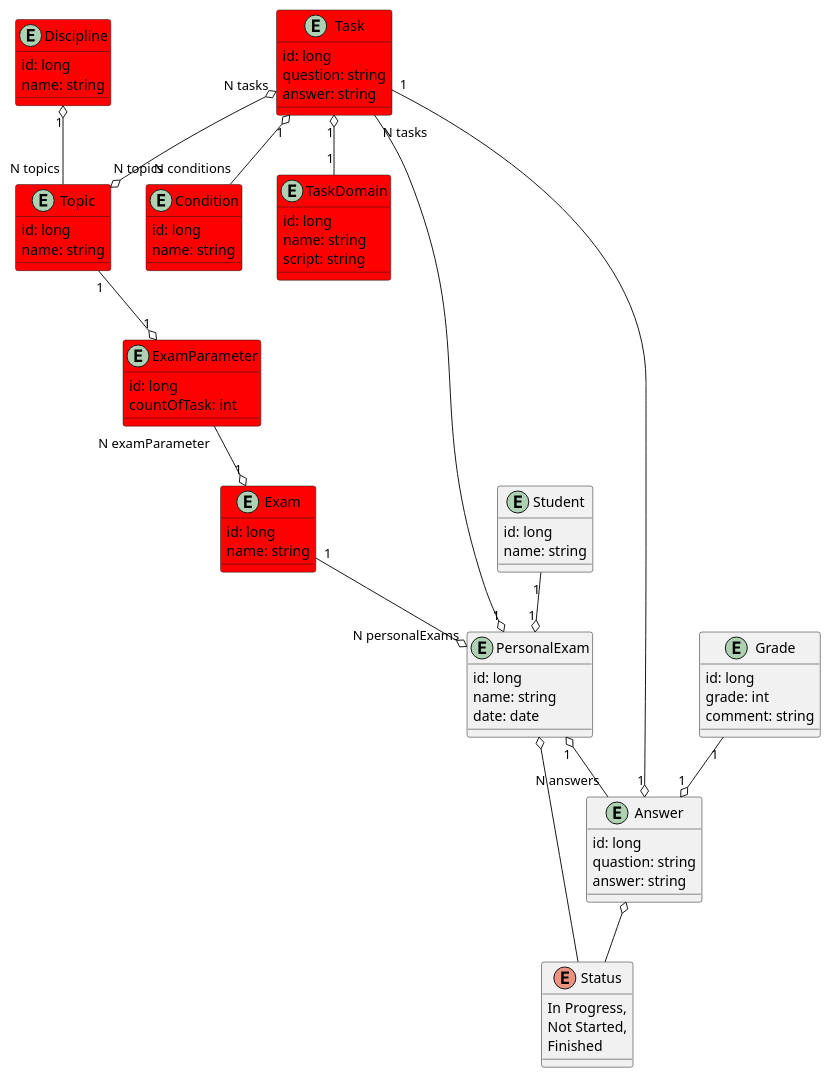
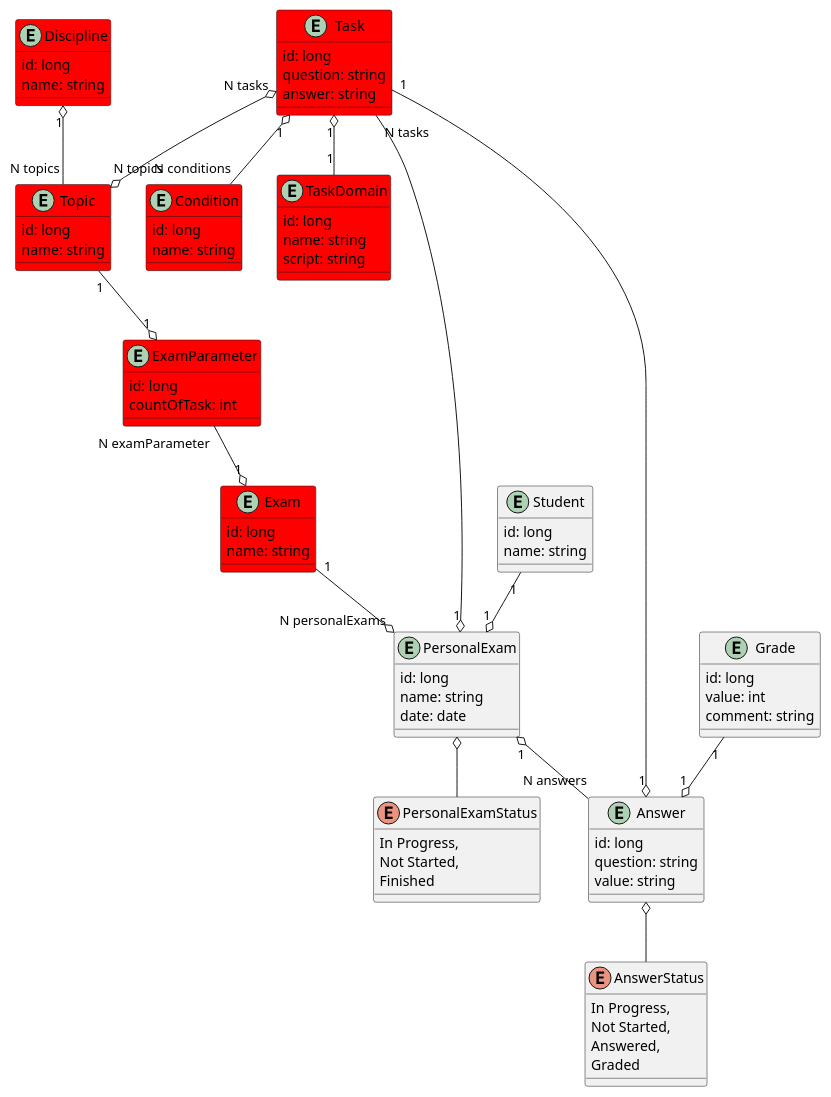
The diagram in documentation/diagrams/BomDiagram.puml (vereshaka/sytoss-trainee-platform5), drawn with PlantUML before and after one commit.

Commit message:
[STP-50] new BOM diagram

```diff
--- a/documentation/diagrams/BomDiagram.puml
+++ b/documentation/diagrams/BomDiagram.puml
@@ -1,87 +1,94 @@
 @startuml
 
 entity Discipline #red{
 id: long
 name: string
 }
 
 entity Topic #red{
 id: long
 name: string
 }
 
 entity Task  #red{
 id: long
 question: string
 answer: string
 }
 
 entity Condition  #red{
 id: long
 name: string
 }
 
 entity TaskDomain  #red{
 id: long
 name: string
 script: string
 }
 
 entity Exam  #red{
 id: long
 name: string
 }
 
 entity PersonalExam {
 id: long
 name: string
 date: date
 }
 
 entity Answer {
 id: long
-quastion: string
-answer: string
+question: string
+value: string
 }
 
-enum Status{
+enum PersonalExamStatus{
 In Progress,
 Not Started,
 Finished
 }
 
+enum AnswerStatus{
+In Progress,
+Not Started,
+Answered,
+Graded
+}
+
 entity Grade{
 id: long
-grade: int
+value: int
 comment: string
 }
 
 entity Student{
 id: long
 name: string
 }
 
 entity ExamParameter #red{
 id: long
 countOfTask: int
 }
 
 ExamParameter "N examParameter" --o "1" Exam
 Topic "1" --o "1" ExamParameter
-Answer o-- Status
-PersonalExam o-- Status
+Answer o-- AnswerStatus
+PersonalExam o-- PersonalExamStatus
 PersonalExam "1" o-- "N answers" Answer
 Task "1" --o "1" Answer
 Grade "1" --o "1" Answer
 Student "1" --o "1" PersonalExam
 Task "1" o-- "N conditions" Condition
 Task "N tasks" o--o "N topics" Topic
 Task "1" o-- "1" TaskDomain
 Task "N tasks" --o "1" PersonalExam
 
 
 Exam "1" --o "N personalExams" PersonalExam
 
 Discipline "1" o-- "N topics" Topic
 
 @enduml
```
